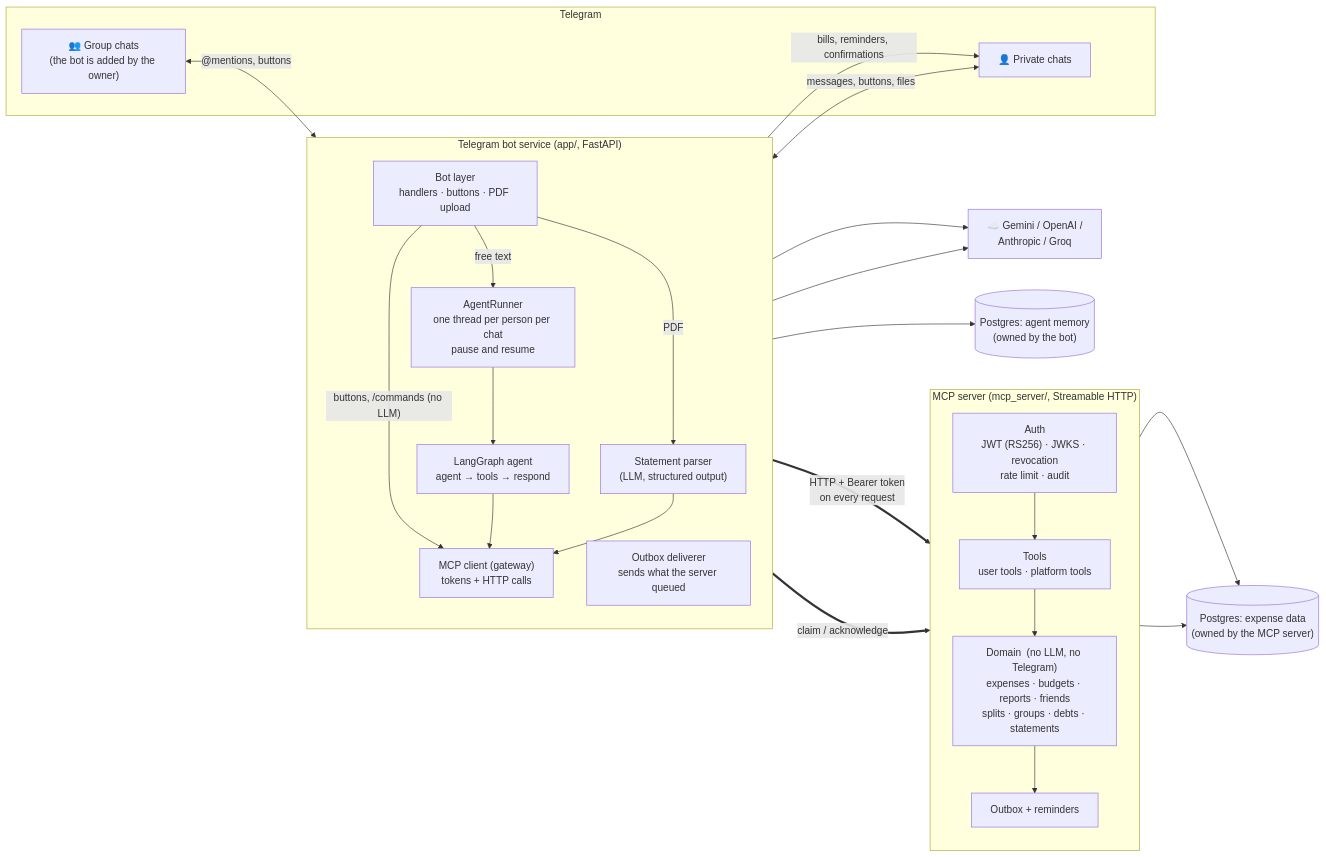
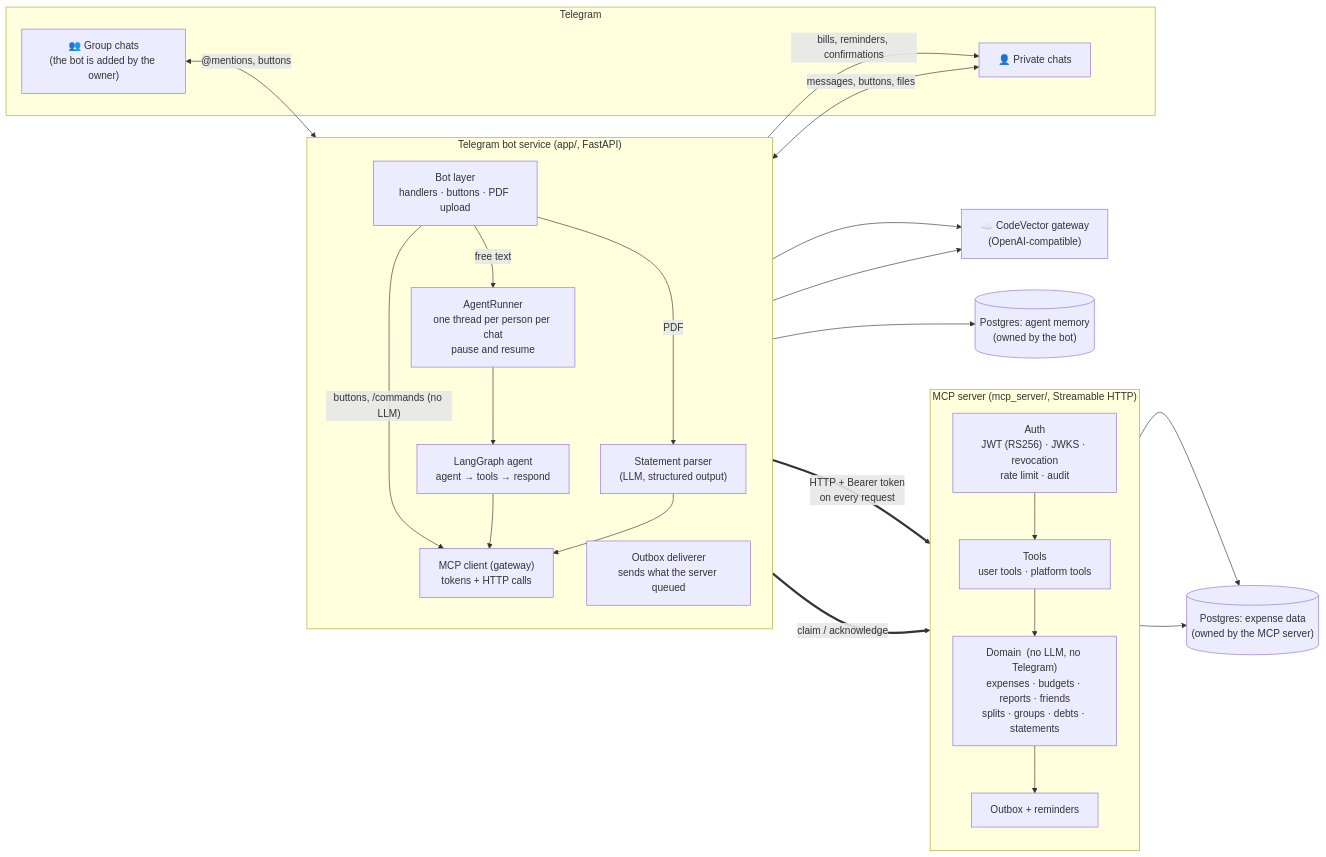
Before and after one commit to yeturu-surya-fission/Expense_Tracker: the first of 7 diagrams in docs/ARCHITECTURE.md, drawn with Mermaid. The commit also changed other lines of this file and 7 other files, not shown here.

````diff
--- a/docs/ARCHITECTURE.md
+++ b/docs/ARCHITECTURE.md
@@ -18,44 +18,44 @@
 ```mermaid
 flowchart LR
     subgraph TGR["Telegram"]
         PC["👤 Private chats"]
         GC["👥 Group chats<br/>(the bot is added by the owner)"]
     end
 
     subgraph BOTSVC["Telegram bot service  (app/, FastAPI)"]
         direction TB
         BOT["Bot layer<br/>handlers · buttons · PDF upload"]
         RUN["AgentRunner<br/>one thread per person per chat<br/>pause and resume"]
         AG["LangGraph agent<br/>agent → tools → respond"]
         PARSER["Statement parser<br/>(LLM, structured output)"]
         CLI["MCP client (gateway)<br/>tokens + HTTP calls"]
         OUT["Outbox deliverer<br/>sends what the server queued"]
     end
 
     subgraph MCPSVC["MCP server  (mcp_server/, Streamable HTTP)"]
         direction TB
         AUTH["Auth<br/>JWT (RS256) · JWKS · revocation<br/>rate limit · audit"]
         TOOLS["Tools<br/>user tools · platform tools"]
         DOM["Domain  (no LLM, no Telegram)<br/>expenses · budgets · reports · friends<br/>splits · groups · debts · statements"]
         OBX["Outbox + reminders"]
     end
 
-    LLM["☁️ Gemini / OpenAI /<br/>Anthropic / Groq"]
+    LLM["☁️ CodeVector gateway<br/>(OpenAI-compatible)"]
     DB1[("Postgres: expense data<br/>(owned by the MCP server)")]
     DB2[("Postgres: agent memory<br/>(owned by the bot)")]
 
     PC <-->|"messages, buttons, files"| BOT
     GC <-->|"@mentions, buttons"| BOT
     BOT -->|"free text"| RUN --> AG
     BOT -->|"buttons, /commands (no LLM)"| CLI
     BOT -->|"PDF"| PARSER
     AG --> LLM
     PARSER --> LLM
     AG --> CLI
     PARSER --> CLI
     CLI ==>|"HTTP + Bearer token<br/>on every request"| AUTH --> TOOLS --> DOM --> DB1
     DOM --> OBX --> DB1
     OUT ==>|"claim / acknowledge"| TOOLS
     OUT -->|"bills, reminders, confirmations"| PC
     AG --> DB2
 ```
````
